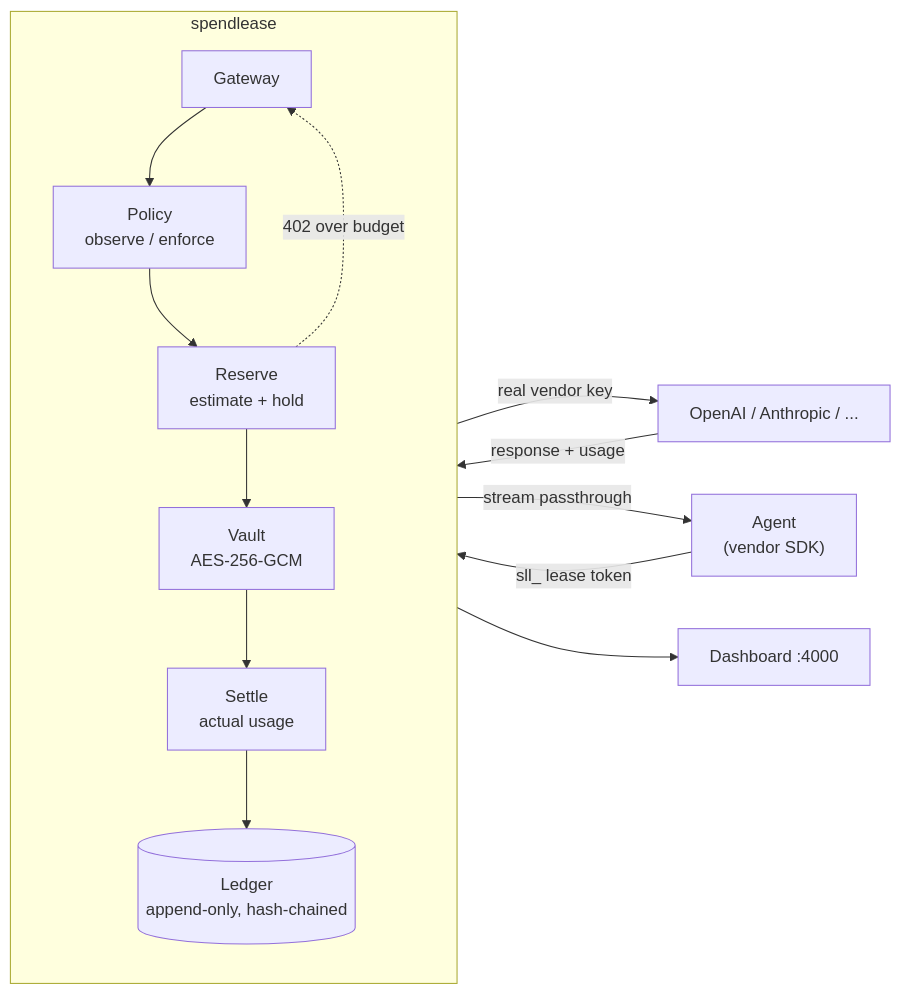
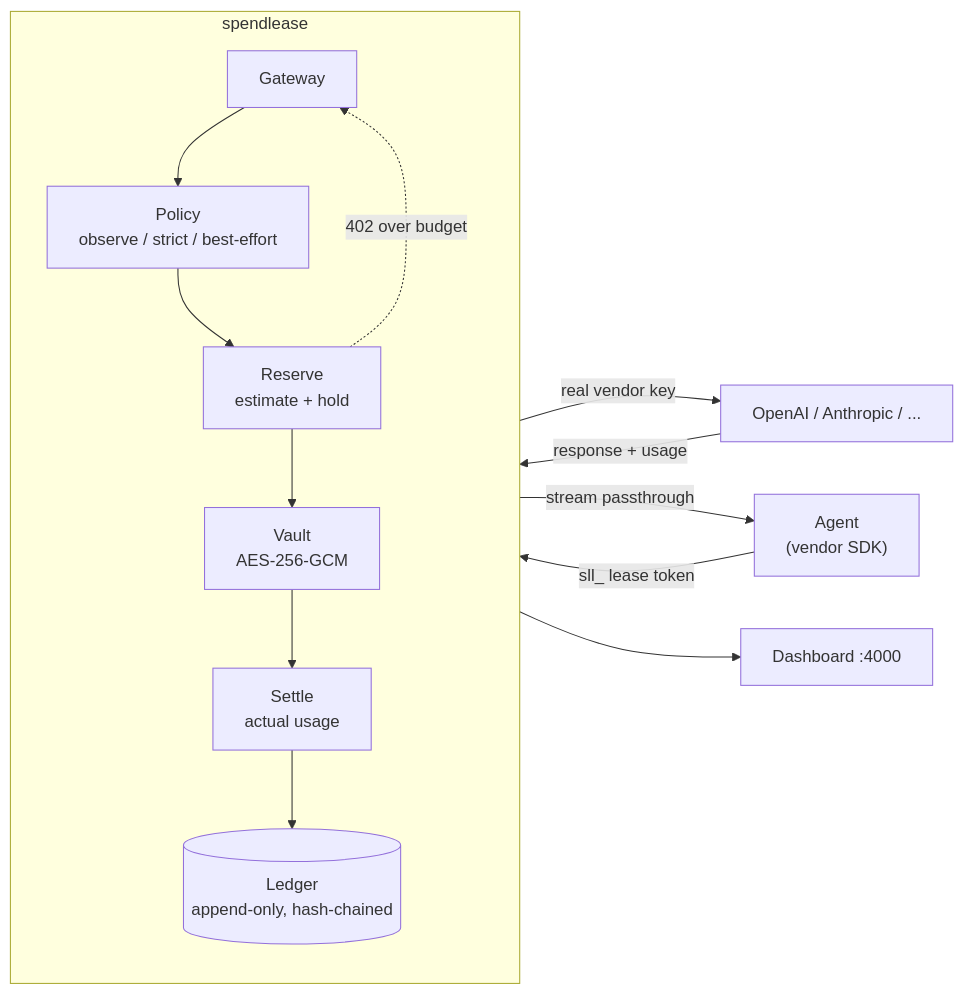
One commit to premhiru/spendlease changed the diagram in README.md. Above: the diagram before and after it, drawn with Mermaid. The commit also changed other lines of this file and 31 other files, not shown here.

````diff
--- a/README.md
+++ b/README.md
@@ -157,19 +164,19 @@
 ```mermaid
 flowchart LR
     A["Agent<br/>(vendor SDK)"] -- "sll_ lease token" --> G
 
     subgraph SL ["spendlease"]
         direction TB
-        G["Gateway"] --> P["Policy<br/>observe / enforce"]
+        G["Gateway"] --> P["Policy<br/>observe / strict / best-effort"]
         P --> R["Reserve<br/>estimate + hold"]
         R --> V["Vault<br/>AES-256-GCM"]
         V --> S["Settle<br/>actual usage"]
         S --> L[("Ledger<br/>append-only, hash-chained")]
         R -. "402 over budget" .-> G
     end
 
     V -- "real vendor key" --> O["OpenAI / Anthropic / ..."]
     O -- "response + usage" --> S
     S -- "stream passthrough" --> A
     L --> D["Dashboard :4000"]
 ```
````
